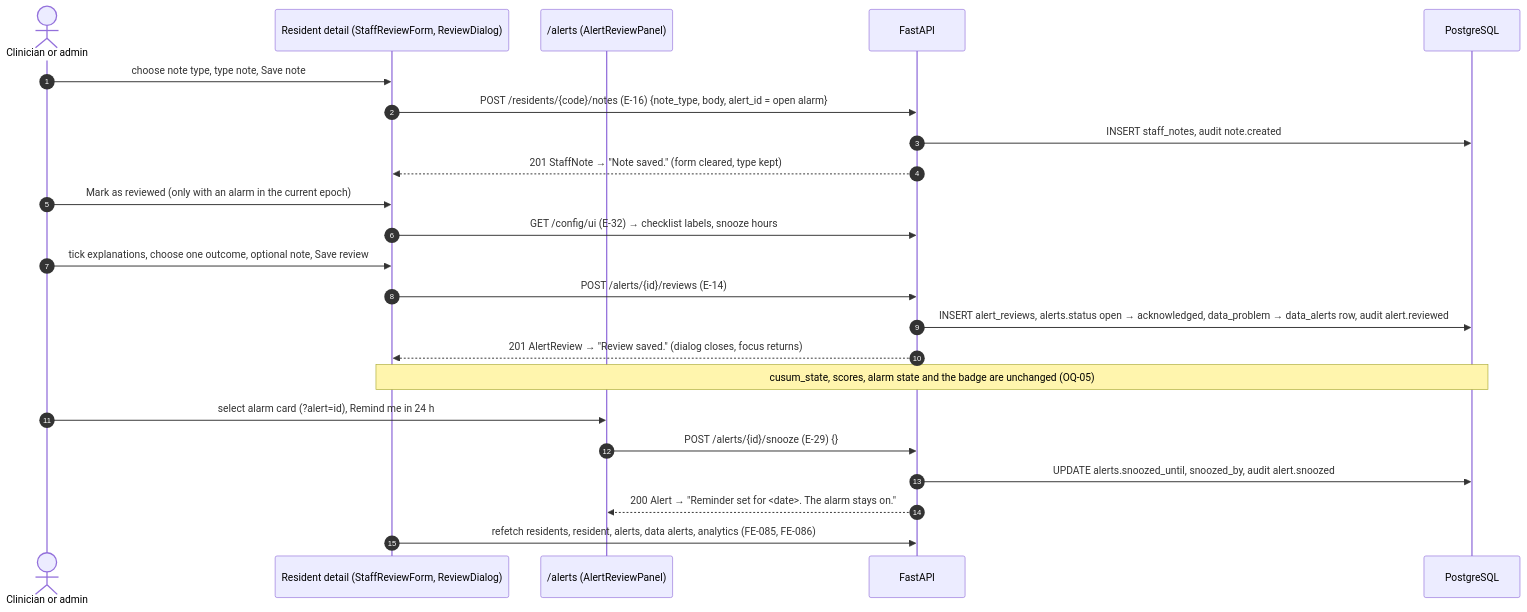
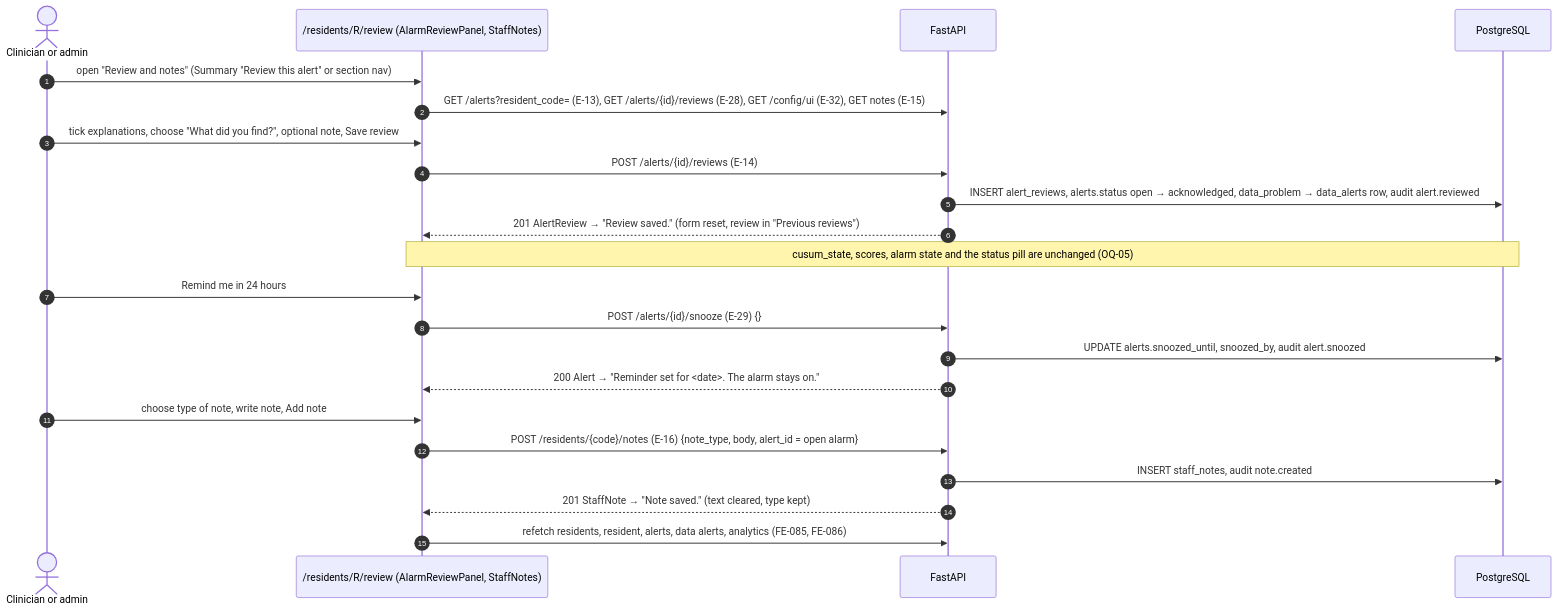
Before and after one commit to EchoWellApp/echowell: the fifth of 6 diagrams in docs/design/UI_Architecture.md, drawn with Mermaid. The commit also changed other lines of this file and 8 other files, not shown here.

````diff
--- a/docs/design/UI_Architecture.md
+++ b/docs/design/UI_Architecture.md
@@ -191,25 +183,24 @@
 ```mermaid
 sequenceDiagram
   autonumber
   actor N as Clinician or admin
-  participant DET as Resident detail (StaffReviewForm, ReviewDialog)
-  participant ALP as /alerts (AlertReviewPanel)
+  participant REV as /residents/R/review (AlarmReviewPanel, StaffNotes)
   participant API as FastAPI
   participant DB as PostgreSQL
-  N->>DET: choose note type, type note, Save note
-  DET->>API: POST /residents/{code}/notes (E-16) {note_type, body, alert_id = open alarm}
+  N->>REV: open "Review and notes" (Summary "Review this alert" or section nav)
+  REV->>API: GET /alerts?resident_code= (E-13), GET /alerts/{id}/reviews (E-28), GET /config/ui (E-32), GET notes (E-15)
+  N->>REV: tick explanations, choose "What did you find?", optional note, Save review
+  REV->>API: POST /alerts/{id}/reviews (E-14)
+  API->>DB: INSERT alert_reviews, alerts.status open → acknowledged, data_problem → data_alerts row, audit alert.reviewed
+  API-->>REV: 201 AlertReview → "Review saved." (form reset, review in "Previous reviews")
+  Note over REV,DB: cusum_state, scores, alarm state and the status pill are unchanged (OQ-05)
+  N->>REV: Remind me in 24 hours
+  REV->>API: POST /alerts/{id}/snooze (E-29) {}
+  API->>DB: UPDATE alerts.snoozed_until, snoozed_by, audit alert.snoozed
+  API-->>REV: 200 Alert → "Reminder set for <date>. The alarm stays on."
+  N->>REV: choose type of note, write note, Add note
+  REV->>API: POST /residents/{code}/notes (E-16) {note_type, body, alert_id = open alarm}
   API->>DB: INSERT staff_notes, audit note.created
-  API-->>DET: 201 StaffNote → "Note saved." (form cleared, type kept)
-  N->>DET: Mark as reviewed (only with an alarm in the current epoch)
-  DET->>API: GET /config/ui (E-32) → checklist labels, snooze hours
-  N->>DET: tick explanations, choose one outcome, optional note, Save review
-  DET->>API: POST /alerts/{id}/reviews (E-14)
-  API->>DB: INSERT alert_reviews, alerts.status open → acknowledged, data_problem → data_alerts row, audit alert.reviewed
-  API-->>DET: 201 AlertReview → "Review saved." (dialog closes, focus returns)
-  Note over DET,DB: cusum_state, scores, alarm state and the badge are unchanged (OQ-05)
-  N->>ALP: select alarm card (?alert=id), Remind me in 24 h
-  ALP->>API: POST /alerts/{id}/snooze (E-29) {}
-  API->>DB: UPDATE alerts.snoozed_until, snoozed_by, audit alert.snoozed
-  API-->>ALP: 200 Alert → "Reminder set for <date>. The alarm stays on."
-  DET->>API: refetch residents, resident, alerts, data alerts, analytics (FE-085, FE-086)
+  API-->>REV: 201 StaffNote → "Note saved." (text cleared, type kept)
+  REV->>API: refetch residents, resident, alerts, data alerts, analytics (FE-085, FE-086)
 ```
````
